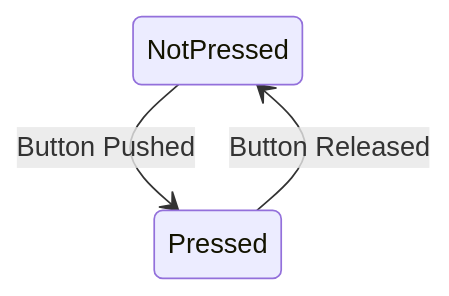
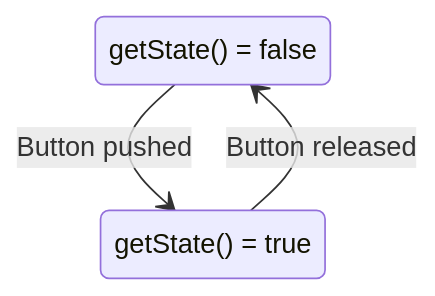
The diagram in doc/design/module/Switch.md (c-coyne/logic-pro-transport-controller), drawn with Mermaid before and after one commit. The commit also changed other lines of this file and 10 other files, not shown here.

````diff
--- a/doc/design/module/Switch.md
+++ b/doc/design/module/Switch.md
@@ -30,5 +36,7 @@
 ```mermaid
 stateDiagram-v2
-    NotPressed --> Pressed : Button Pushed
-    Pressed --> NotPressed : Button Released
+    s1: getState() = false
+    s2: getState() = true
+    s1 --> s2 : Button pushed
+    s2 --> s1 : Button released
 ```
````
